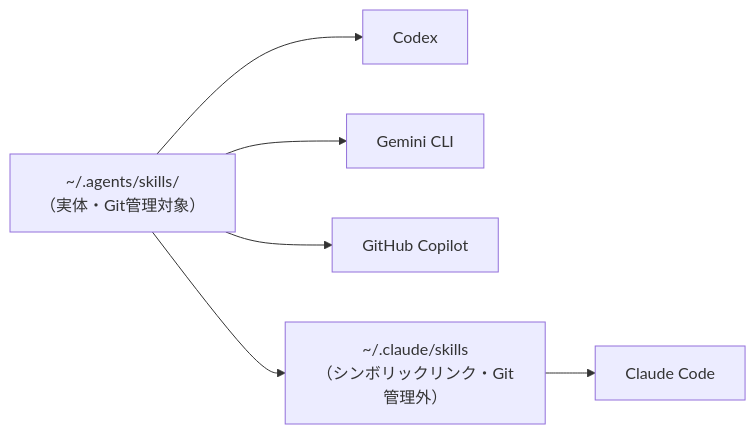
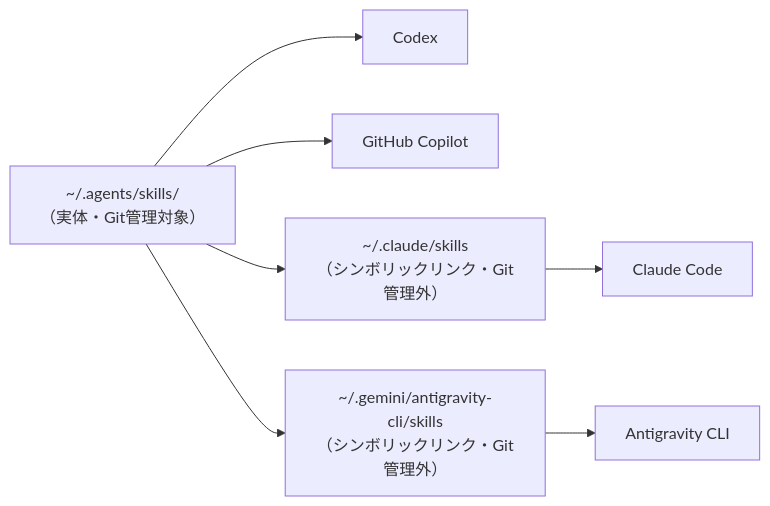
The diagram in README.md (SuperPyonchiX/.agents), drawn with Mermaid before and after one commit. The commit also changed other lines of this file and 1 other file, not shown here.

First line of the commit message:
docs: README と AGENTS.md の Gemini CLI を Antigravity CLI に直し、スキルのリンク先を足す

````diff
--- a/README.md
+++ b/README.md
@@ -21,8 +23,9 @@
 ```mermaid
 graph LR
     A["~/.agents/skills/<br/>（実体・Git管理対象）"] --> B[Codex]
-    A --> C[Gemini CLI]
     A --> D[GitHub Copilot]
     A --> E["~/.claude/skills<br/>（シンボリックリンク・Git管理外）"]
     E --> F[Claude Code]
+    A --> G["~/.gemini/antigravity-cli/skills<br/>（シンボリックリンク・Git管理外）"]
+    G --> C[Antigravity CLI]
 ```
````
